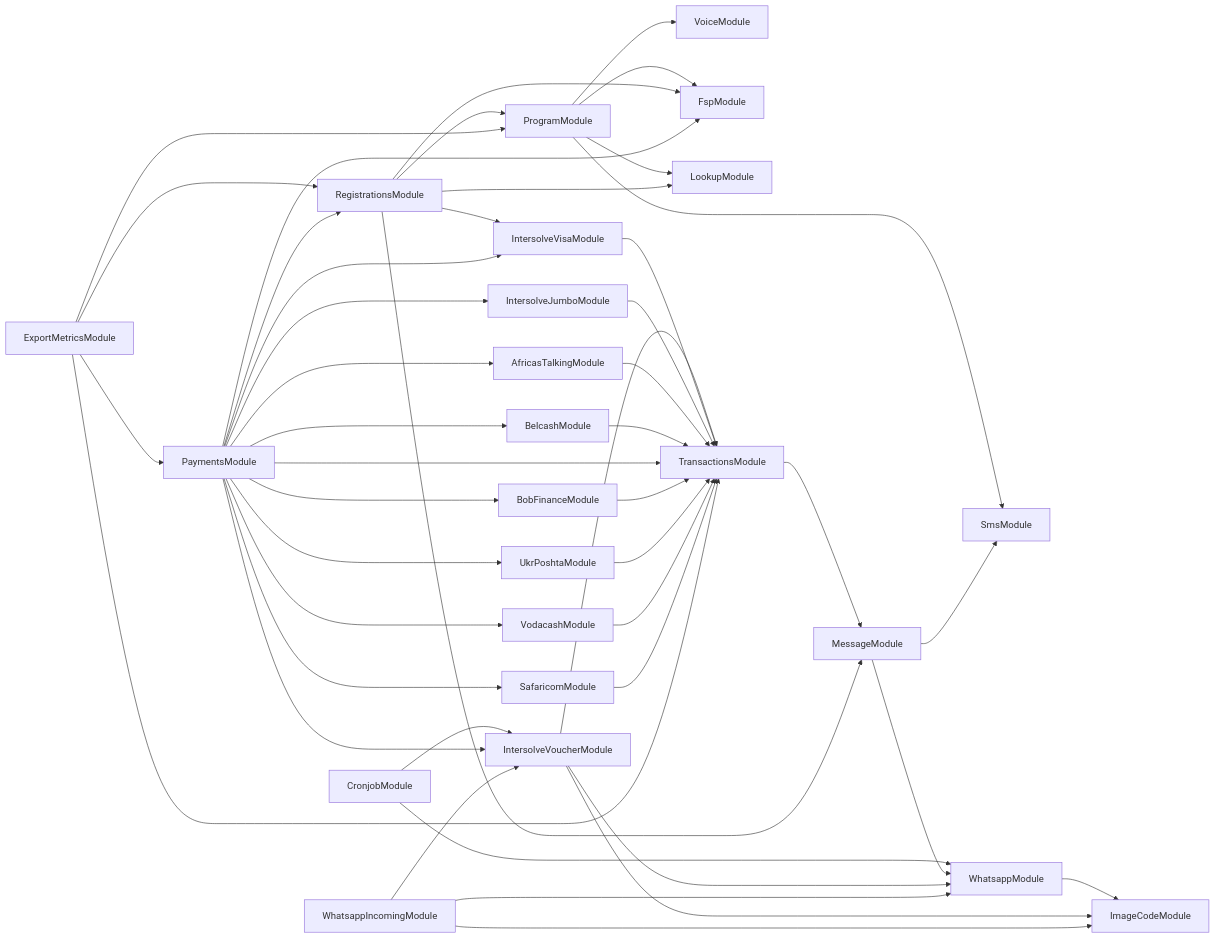
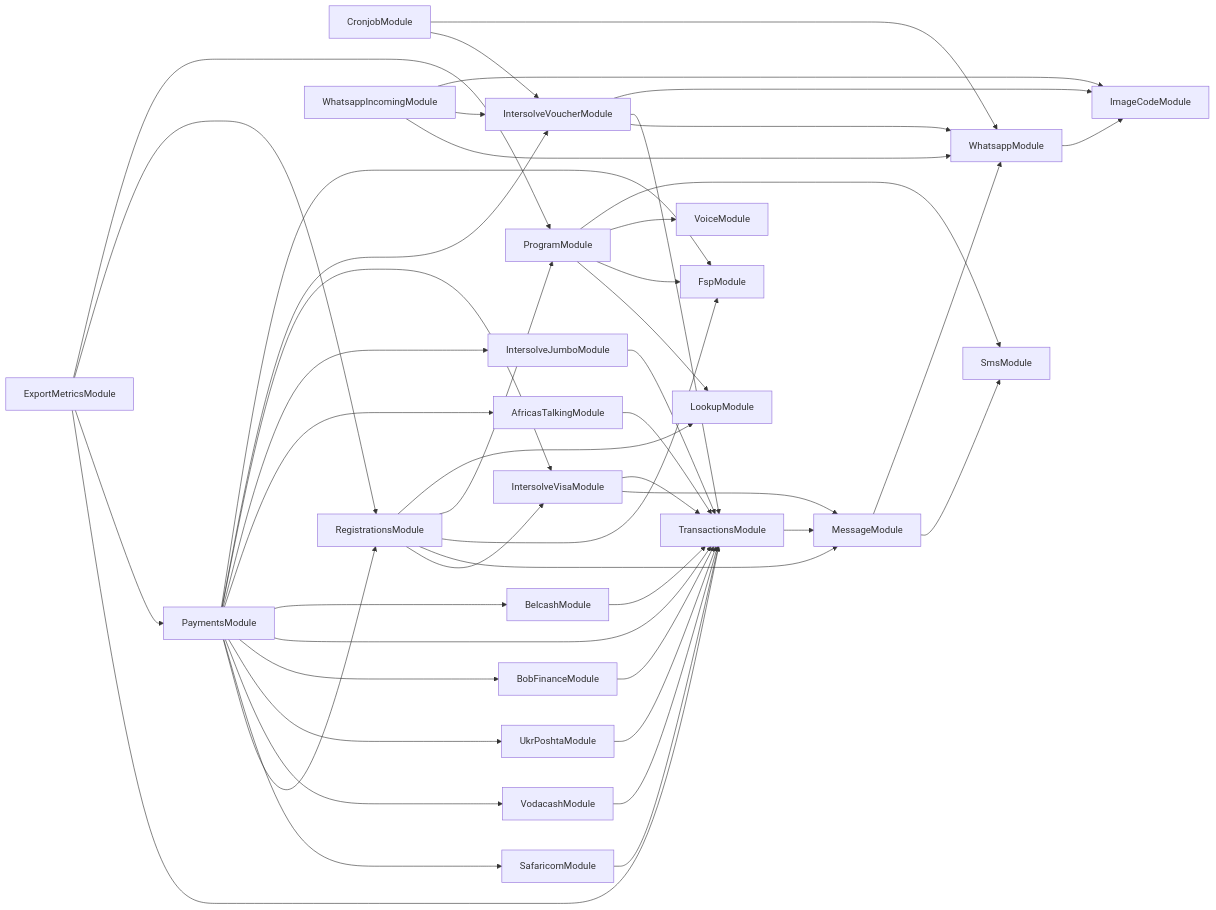
The diagram in services/121-service/module-dependencies.md (global-121/121-platform), drawn with Mermaid before and after one commit. The commit also changed 8 other files, not shown here.

````diff
--- a/services/121-service/module-dependencies.md
+++ b/services/121-service/module-dependencies.md
@@ -3,48 +3,49 @@
 ```mermaid
 graph LR
   ProgramModule-->SmsModule
   ProgramModule-->VoiceModule
   ProgramModule-->FspModule
   ProgramModule-->LookupModule
   CronjobModule-->WhatsappModule
   WhatsappModule-->ImageCodeModule
   CronjobModule-->IntersolveVoucherModule
   IntersolveVoucherModule-->ImageCodeModule
   IntersolveVoucherModule-->TransactionsModule
   TransactionsModule-->MessageModule
   MessageModule-->WhatsappModule
   MessageModule-->SmsModule
   IntersolveVoucherModule-->WhatsappModule
   RegistrationsModule-->LookupModule
   RegistrationsModule-->ProgramModule
   RegistrationsModule-->FspModule
   RegistrationsModule-->MessageModule
   RegistrationsModule-->IntersolveVisaModule
   IntersolveVisaModule-->TransactionsModule
+  IntersolveVisaModule-->MessageModule
   ExportMetricsModule-->ProgramModule
   ExportMetricsModule-->RegistrationsModule
   ExportMetricsModule-->PaymentsModule
   PaymentsModule-->FspModule
   PaymentsModule-->IntersolveVoucherModule
   PaymentsModule-->IntersolveVisaModule
   PaymentsModule-->IntersolveJumboModule
   IntersolveJumboModule-->TransactionsModule
   PaymentsModule-->AfricasTalkingModule
   AfricasTalkingModule-->TransactionsModule
   PaymentsModule-->BelcashModule
   BelcashModule-->TransactionsModule
   PaymentsModule-->TransactionsModule
   PaymentsModule-->BobFinanceModule
   BobFinanceModule-->TransactionsModule
   PaymentsModule-->UkrPoshtaModule
   UkrPoshtaModule-->TransactionsModule
   PaymentsModule-->VodacashModule
   VodacashModule-->TransactionsModule
   PaymentsModule-->SafaricomModule
   SafaricomModule-->TransactionsModule
   PaymentsModule-->RegistrationsModule
   ExportMetricsModule-->TransactionsModule
   WhatsappIncomingModule-->ImageCodeModule
   WhatsappIncomingModule-->IntersolveVoucherModule
   WhatsappIncomingModule-->WhatsappModule
 ```
````
